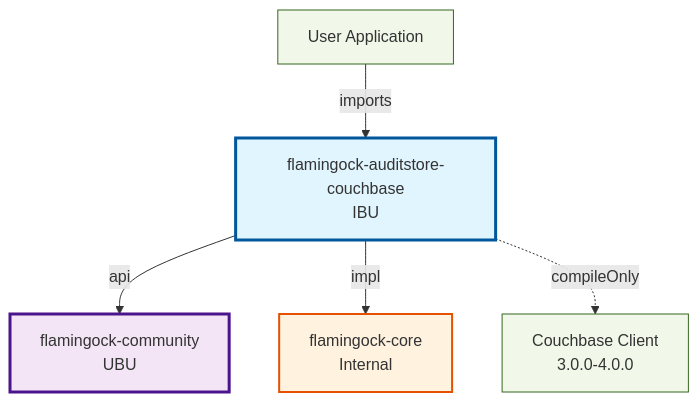
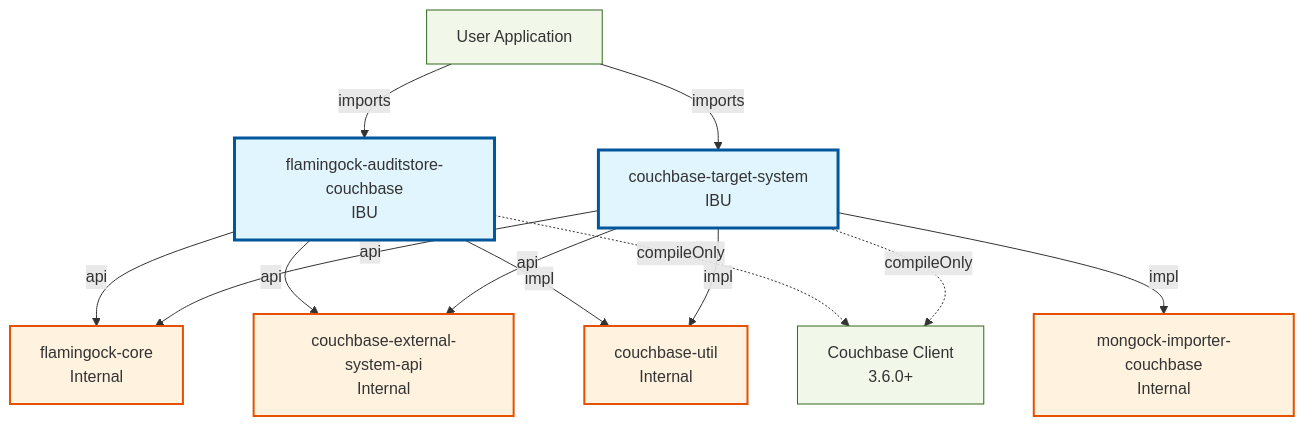
One commit to flamingock/flamingock-java changed the seventh of 7 diagrams in docs/ARCHITECTURE_OVERVIEW.md. Above: the diagram before and after it, drawn with Mermaid. The commit also changed other lines of this file, not shown here.

Commit message:
chore: update architecture document

````diff
--- a/docs/ARCHITECTURE_OVERVIEW.md
+++ b/docs/ARCHITECTURE_OVERVIEW.md
@@ -378,19 +610,29 @@
 ```mermaid
 graph TB
     classDef ibu fill:#e1f5fe,stroke:#01579b,stroke-width:3px
     classDef ubu fill:#f3e5f5,stroke:#4a148c,stroke-width:3px
     classDef internal fill:#fff3e0,stroke:#e65100,stroke-width:2px
     classDef external fill:#f1f8e9,stroke:#33691e,stroke-width:1px
 
     User[User Application]:::external
     User -->|imports| flamingock-auditstore-couchbase
-    
+    User -->|imports| couchbase-target-system
+
     flamingock-auditstore-couchbase[flamingock-auditstore-couchbase<br/>IBU]:::ibu
-    flamingock-community[flamingock-community<br/>UBU]:::ubu
+    couchbase-target-system[couchbase-target-system<br/>IBU]:::ibu
+    couchbase-external-system-api[couchbase-external-system-api<br/>Internal]:::internal
     flamingock-core[flamingock-core<br/>Internal]:::internal
-    CouchbaseAuditStore[Couchbase Client<br/>3.0.0-4.0.0]:::external
-    
-    flamingock-auditstore-couchbase -->|api| flamingock-community
-    flamingock-auditstore-couchbase -->|impl| flamingock-core
-    flamingock-auditstore-couchbase -.->|compileOnly| CouchbaseAuditStore
+    couchbase-util[couchbase-util<br/>Internal]:::internal
+    mongock-importer-couchbase[mongock-importer-couchbase<br/>Internal]:::internal
+    CouchbaseClient[Couchbase Client<br/>3.6.0+]:::external
+
+    flamingock-auditstore-couchbase -->|api| flamingock-core
+    flamingock-auditstore-couchbase -->|api| couchbase-external-system-api
+    flamingock-auditstore-couchbase -->|impl| couchbase-util
+    flamingock-auditstore-couchbase -.->|compileOnly| CouchbaseClient
+    couchbase-target-system -->|api| flamingock-core
+    couchbase-target-system -->|api| couchbase-external-system-api
+    couchbase-target-system -->|impl| couchbase-util
+    couchbase-target-system -->|impl| mongock-importer-couchbase
+    couchbase-target-system -.->|compileOnly| CouchbaseClient
 ```
````
